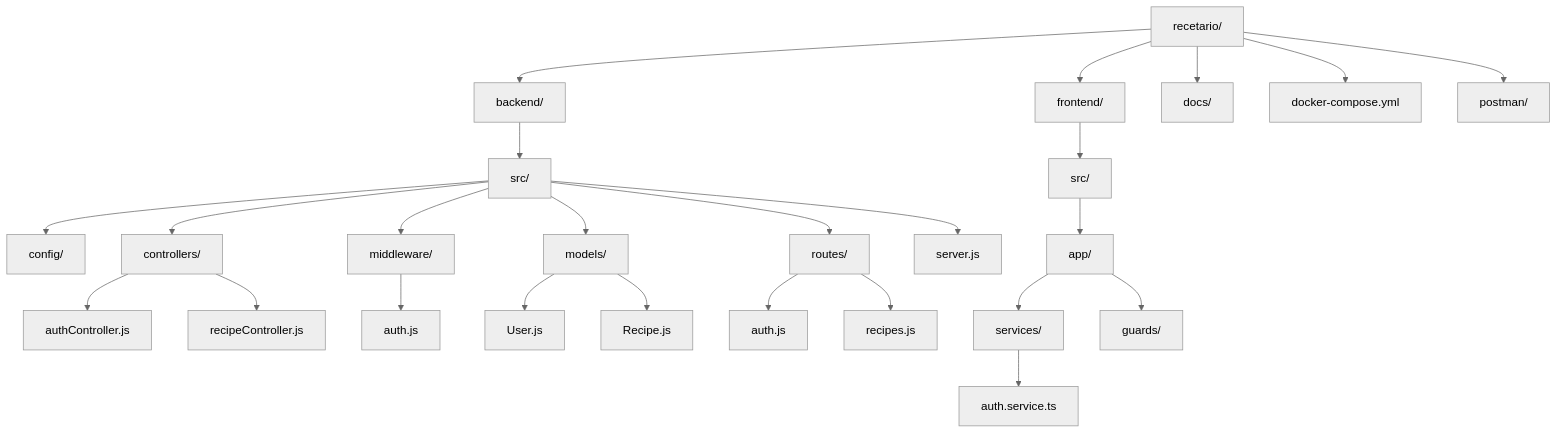
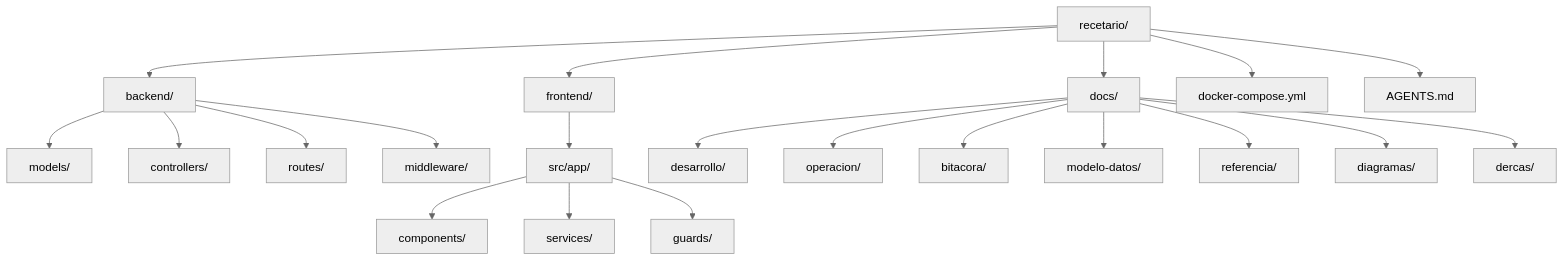
The third of 3 diagrams in docs/diagramas/README.md (CarlosOrozco-1/Recetario_mongodb), drawn with Mermaid (neutral theme) before and after one commit. The commit also changed other lines of this file and 162 other files, not shown here.

````diff
--- a/docs/diagramas/README.md
+++ b/docs/diagramas/README.md
@@ -131,31 +73,28 @@
 ```mermaid
+%%{init: {"htmlLabels": false}}%%
 graph TD
     Root[recetario/]
     Root --> Backend[backend/]
     Root --> Frontend[frontend/]
     Root --> Docs[docs/]
     Root --> Compose[docker-compose.yml]
-    Root --> Postman[postman/]
+    Root --> Agents[AGENTS.md]
 
-    Backend --> SrcB[src/]
-    SrcB --> Config[config/]
-    SrcB --> Controllers[controllers/]
-    SrcB --> Middleware[middleware/]
-    SrcB --> Models[models/]
-    SrcB --> Routes[routes/]
-    SrcB --> Server[server.js]
+    Backend --> Modelos[models/]
+    Backend --> Controladores[controllers/]
+    Backend --> Rutas[routes/]
+    Backend --> Middleware[middleware/]
 
-    Controllers --> AC[authController.js]
-    Controllers --> RC[recipeController.js]
-    Middleware --> AM[auth.js]
-    Models --> UM[User.js]
-    Models --> RM[Recipe.js]
-    Routes --> AR[auth.js]
-    Routes --> RR[recipes.js]
+    Frontend --> App[src/app/]
+    App --> Componentes[components/]
+    App --> Servicios[services/]
+    App --> Guardias[guards/]
 
-    Frontend --> SrcF[src/]
-    SrcF --> App[app/]
-    App --> Services[services/]
-    App --> Guards[guards/]
-    Services --> AS[auth.service.ts]
+    Docs --> Desarrollo[desarrollo/]
+    Docs --> Operacion[operacion/]
+    Docs --> Bitacora[bitacora/]
+    Docs --> Datos[modelo-datos/]
+    Docs --> Referencia[referencia/]
+    Docs --> DiagramasDoc[diagramas/]
+    Docs --> Dercas[dercas/]
 ```
````
